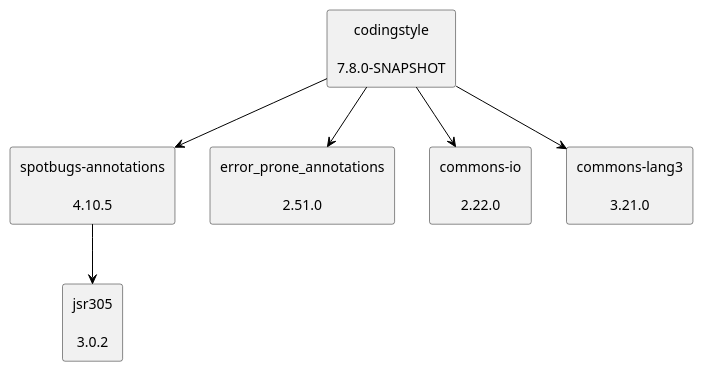
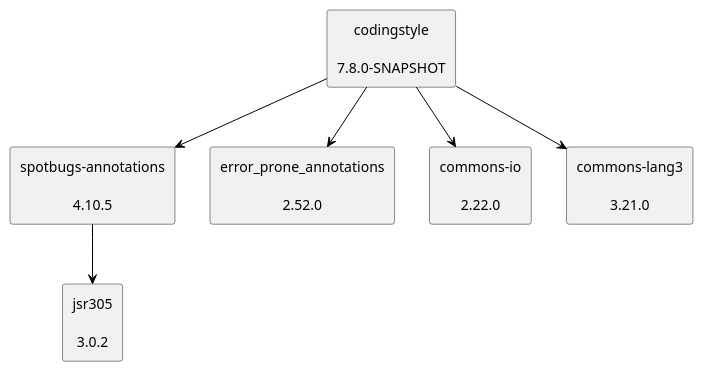
One commit to uhafner/codingstyle changed the diagram in doc/dependency-graph.puml. Above: the diagram before and after it, drawn with PlantUML.

Commit message:
Update dependency graph to latest versions from POM

```diff
--- a/doc/dependency-graph.puml
+++ b/doc/dependency-graph.puml
@@ -1,20 +1,20 @@
 @startuml
 skinparam defaultTextAlignment center
 skinparam rectangle {
   BackgroundColor<<optional>> beige
   BackgroundColor<<test>> lightGreen
   BackgroundColor<<runtime>> lightBlue
   BackgroundColor<<provided>> lightGray
 }
 rectangle "spotbugs-annotations\n\n4.10.5" as com_github_spotbugs_spotbugs_annotations_jar
 rectangle "jsr305\n\n3.0.2" as com_google_code_findbugs_jsr305_jar
 rectangle "codingstyle\n\n7.8.0-SNAPSHOT" as edu_hm_hafner_codingstyle_jar
-rectangle "error_prone_annotations\n\n2.51.0" as com_google_errorprone_error_prone_annotations_jar
+rectangle "error_prone_annotations\n\n2.52.0" as com_google_errorprone_error_prone_annotations_jar
 rectangle "commons-io\n\n2.22.0" as commons_io_commons_io_jar
 rectangle "commons-lang3\n\n3.21.0" as org_apache_commons_commons_lang3_jar
 com_github_spotbugs_spotbugs_annotations_jar -[#000000]-> com_google_code_findbugs_jsr305_jar
 edu_hm_hafner_codingstyle_jar -[#000000]-> com_github_spotbugs_spotbugs_annotations_jar
 edu_hm_hafner_codingstyle_jar -[#000000]-> com_google_errorprone_error_prone_annotations_jar
 edu_hm_hafner_codingstyle_jar -[#000000]-> commons_io_commons_io_jar
 edu_hm_hafner_codingstyle_jar -[#000000]-> org_apache_commons_commons_lang3_jar
 @enduml
```
